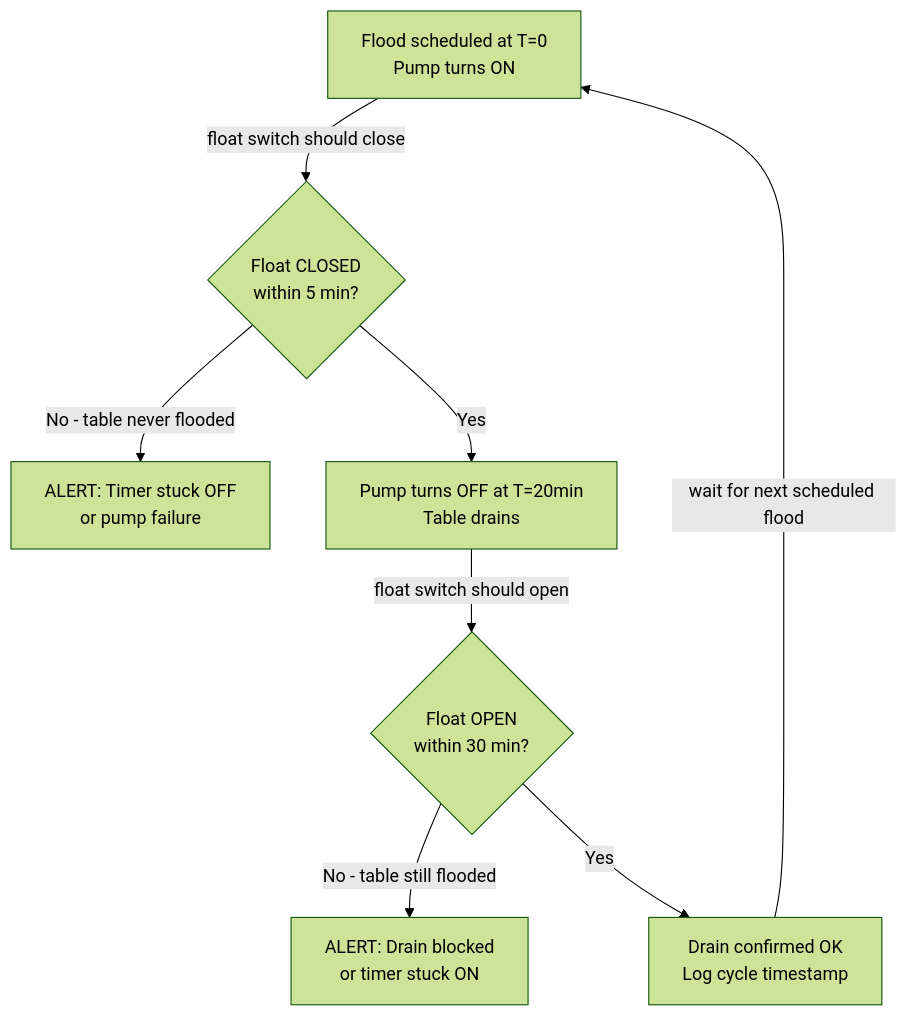
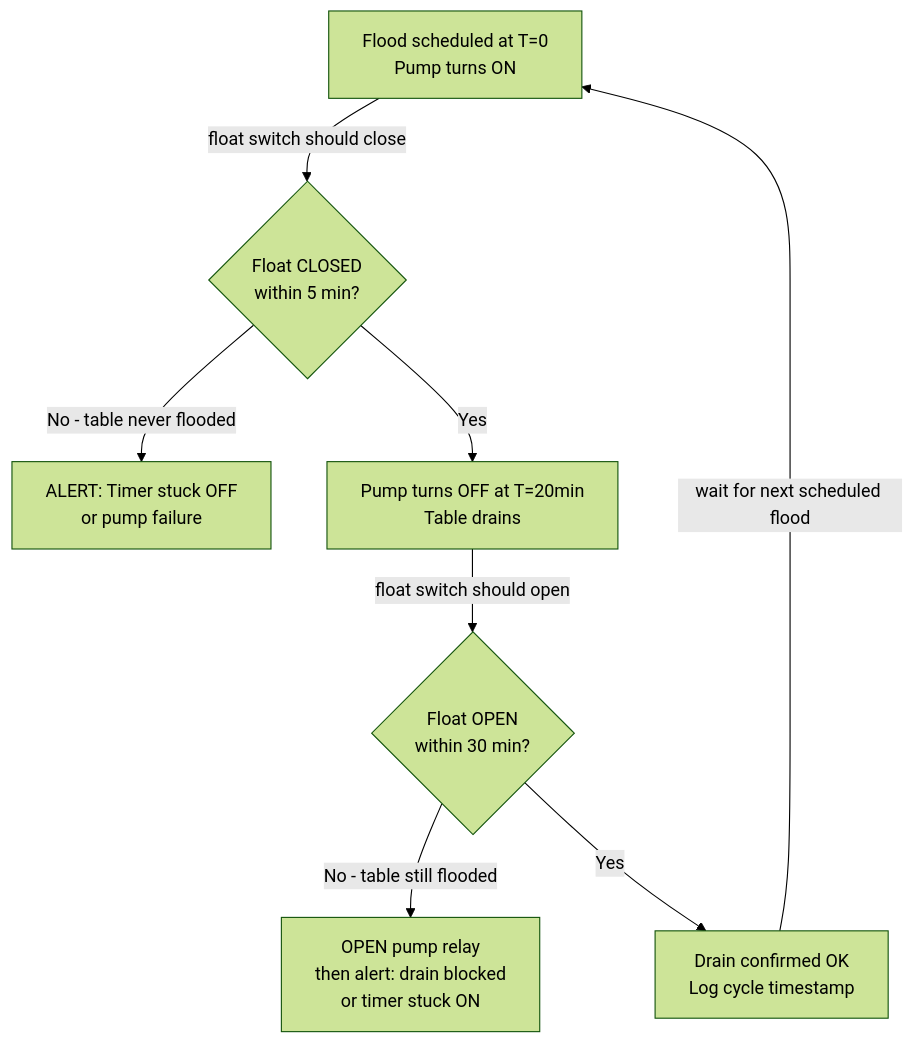
The first of 3 diagrams in guide/compare/03-automation.md (UncleJS/guide_hydroponics), drawn with Mermaid (forest theme) before and after one commit. The commit also changed other lines of this file and 35 other files, not shown here.

````diff
--- a/guide/compare/03-automation.md
+++ b/guide/compare/03-automation.md
@@ -263,10 +262,10 @@
 ```mermaid
 graph TD
   A[Flood scheduled at T=0<br/>Pump turns ON] -->|float switch should close| B{Float CLOSED<br/>within 5 min?}
   B -->|No - table never flooded| C[ALERT: Timer stuck OFF<br/>or pump failure]
   B -->|Yes| D[Pump turns OFF at T=20min<br/>Table drains]
   D -->|float switch should open| E{Float OPEN<br/>within 30 min?}
-  E -->|No - table still flooded| F[ALERT: Drain blocked<br/>or timer stuck ON]
+  E -->|No - table still flooded| F[OPEN pump relay<br/>then alert: drain blocked<br/>or timer stuck ON]
   E -->|Yes| G[Drain confirmed OK<br/>Log cycle timestamp]
   G -->|wait for next scheduled flood| A
 ```
````
